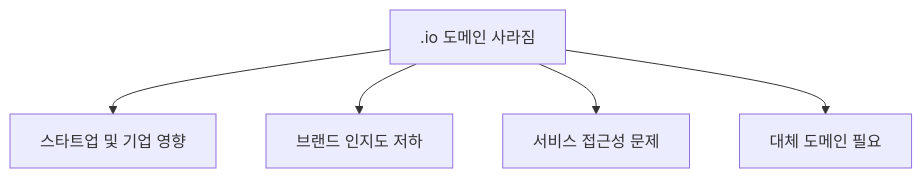
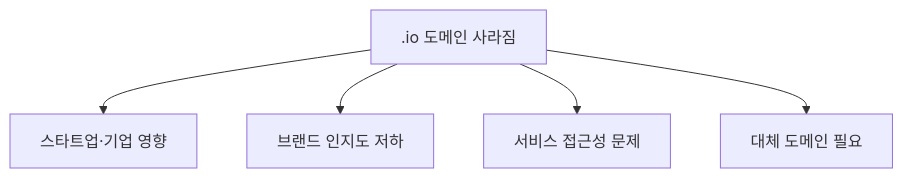
Before and after one commit to 42jerrykim/42jerrykim.github.io: the eighth of 12 diagrams in content/post/2024/2024-10-17-internet-io-domain/index.md, drawn with Mermaid. The commit also changed other lines of this file and 239 other files, not shown here.

````diff
--- a/content/post/2024/2024-10-17-internet-io-domain/index.md
+++ b/content/post/2024/2024-10-17-internet-io-domain/index.md
@@ -332,7 +295,12 @@
 ```mermaid
-graph TD;
-    A[.io 도메인 사라짐] --> B[스타트업 및 기업 영향]
-    A --> C[브랜드 인지도 저하]
-    A --> D[서비스 접근성 문제]
-    A --> E[대체 도메인 필요]
+graph TD
+  IoDisappear[".io 도메인 사라짐"]
+  StartupImpact["스타트업·기업 영향"]
+  BrandDown["브랜드 인지도 저하"]
+  AccessIssue["서비스 접근성 문제"]
+  AltDomain["대체 도메인 필요"]
+  IoDisappear --> StartupImpact
+  IoDisappear --> BrandDown
+  IoDisappear --> AccessIssue
+  IoDisappear --> AltDomain
 ```
````
